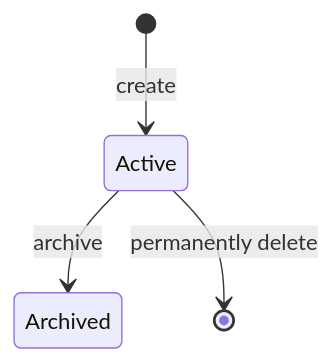
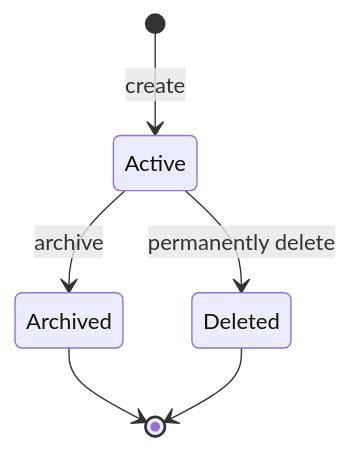
The diagram in specs/copernicus/glossary/workspace.md (huang-xiao-jian/themis), drawn with Mermaid before and after one commit. The commit also changed 31 other files, not shown here.

````diff
--- a/specs/copernicus/glossary/workspace.md
+++ b/specs/copernicus/glossary/workspace.md
@@ -48,6 +48,8 @@
 ```mermaid
 stateDiagram-v2
     [*] --> Active: create
     Active --> Archived: archive
-    Active --> [*]: permanently delete
+    Active --> Deleted: permanently delete
+    Archived --> [*]
+    Deleted --> [*]
 ```
````
